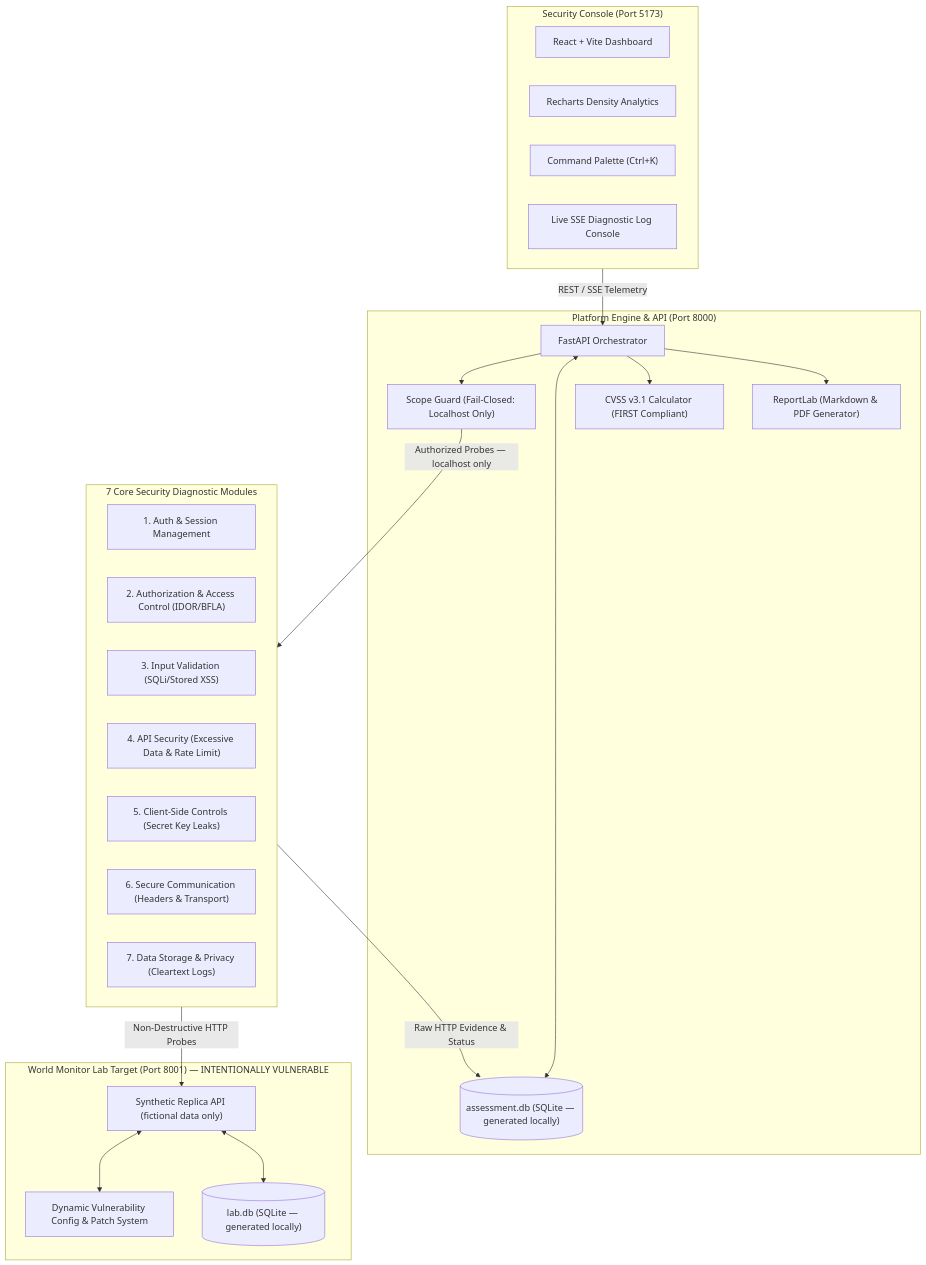
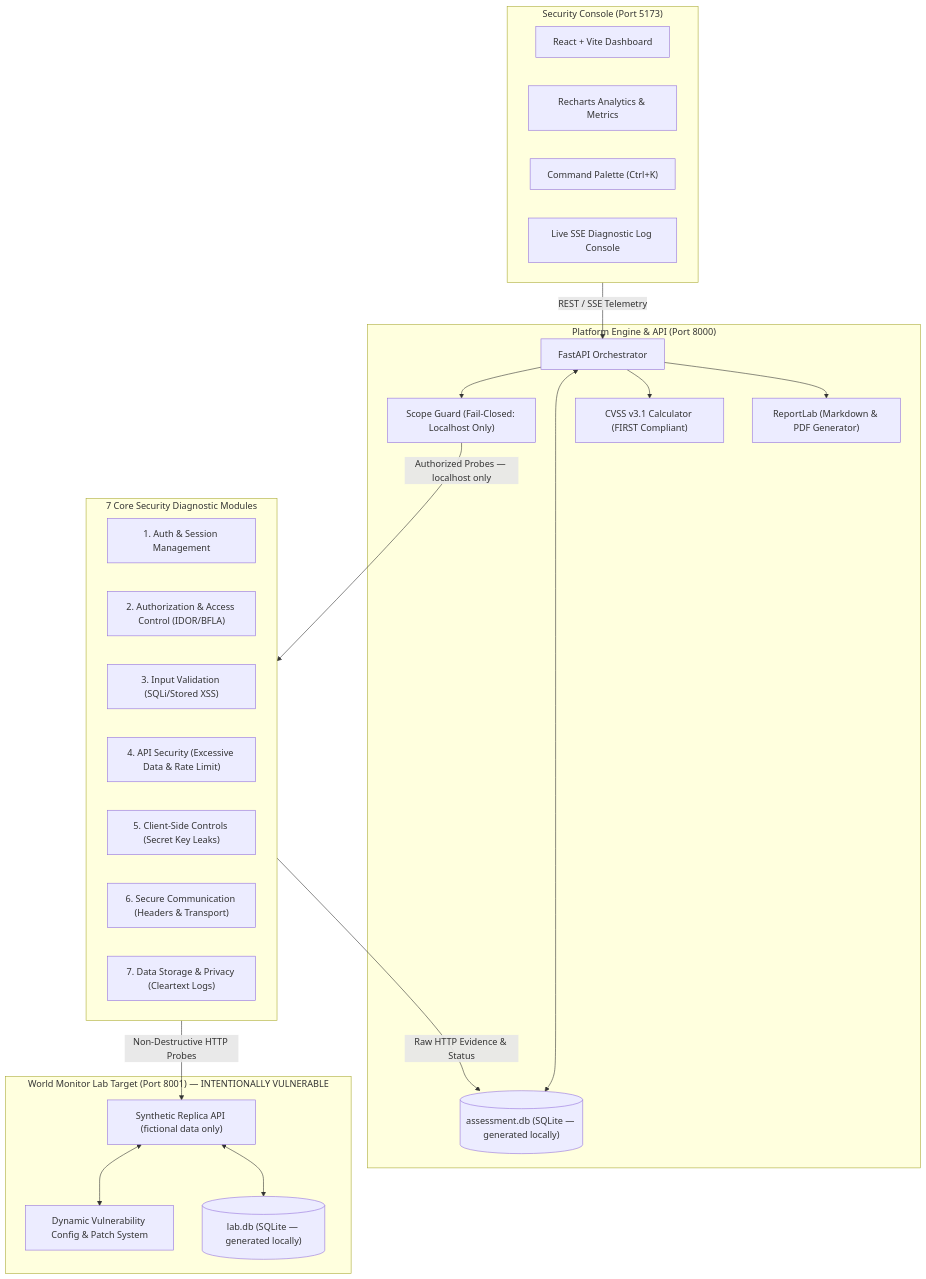
One commit to ShreyanshuSB/World-Monitor-Security changed the second of 2 diagrams in README.md. Above: the diagram before and after it, drawn with Mermaid. The commit also changed other lines of this file and 6 other files, not shown here.

````diff
--- a/README.md
+++ b/README.md
@@ -34,44 +136,44 @@
 ```mermaid
 flowchart TD
     subgraph UI ["Security Console (Port 5173)"]
         UI_Dash["React + Vite Dashboard"]
-        UI_Charts["Recharts Density Analytics"]
+        UI_Charts["Recharts Analytics & Metrics"]
         UI_Cmd["Command Palette (Ctrl+K)"]
         UI_SSE["Live SSE Diagnostic Log Console"]
     end
 
     subgraph API ["Platform Engine & API (Port 8000)"]
         FastAPI["FastAPI Orchestrator"]
         ScopeGuard["Scope Guard (Fail-Closed: Localhost Only)"]
         CVSS["CVSS v3.1 Calculator (FIRST Compliant)"]
         Reporter["ReportLab (Markdown & PDF Generator)"]
         PlatformDB[("assessment.db (SQLite — generated locally)")]
     end
 
     subgraph Modules ["7 Core Security Diagnostic Modules"]
         M1["1. Auth & Session Management"]
         M2["2. Authorization & Access Control (IDOR/BFLA)"]
         M3["3. Input Validation (SQLi/Stored XSS)"]
         M4["4. API Security (Excessive Data & Rate Limit)"]
         M5["5. Client-Side Controls (Secret Key Leaks)"]
         M6["6. Secure Communication (Headers & Transport)"]
         M7["7. Data Storage & Privacy (Cleartext Logs)"]
     end
 
     subgraph Lab ["World Monitor Lab Target (Port 8001) — INTENTIONALLY VULNERABLE"]
         LabTarget["Synthetic Replica API (fictional data only)"]
         PatchConfig["Dynamic Vulnerability Config & Patch System"]
         LabDB[("lab.db (SQLite — generated locally)")]
     end
 
     UI -->|REST / SSE Telemetry| FastAPI
     FastAPI --> ScopeGuard
     ScopeGuard -->|Authorized Probes — localhost only| Modules
     Modules -->|Non-Destructive HTTP Probes| LabTarget
     LabTarget <--> PatchConfig
     LabTarget <--> LabDB
     Modules -->|Raw HTTP Evidence & Status| PlatformDB
     FastAPI <--> PlatformDB
     FastAPI --> CVSS
     FastAPI --> Reporter
 ```
````
